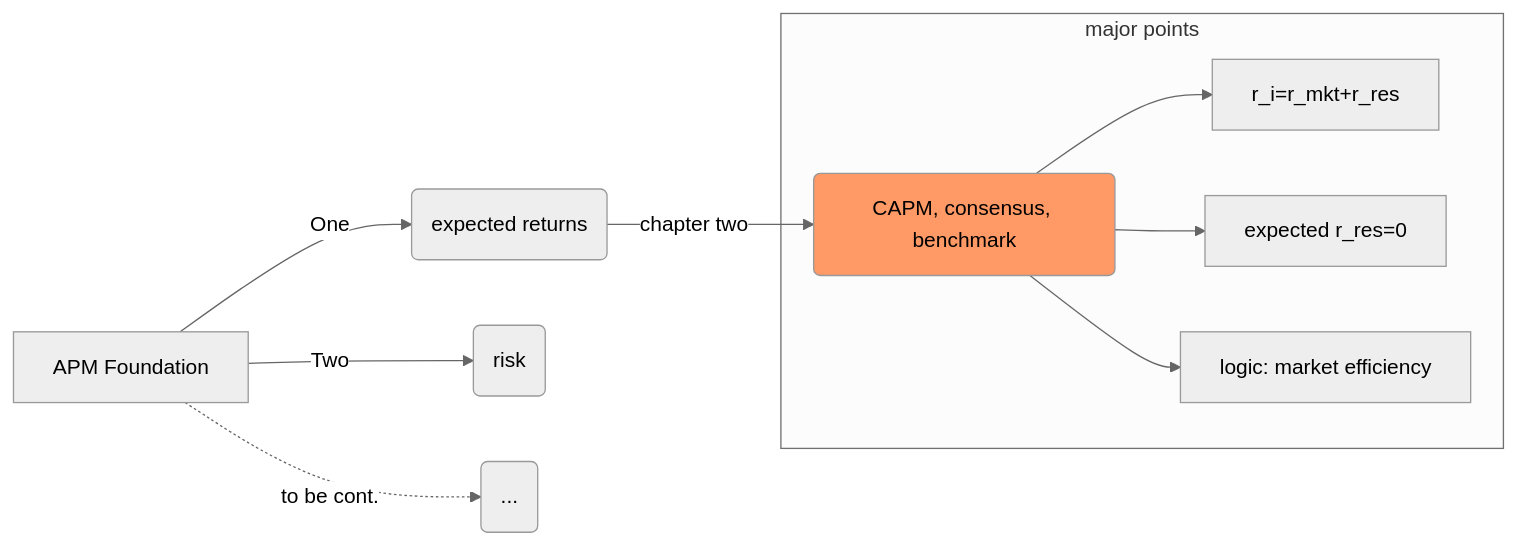
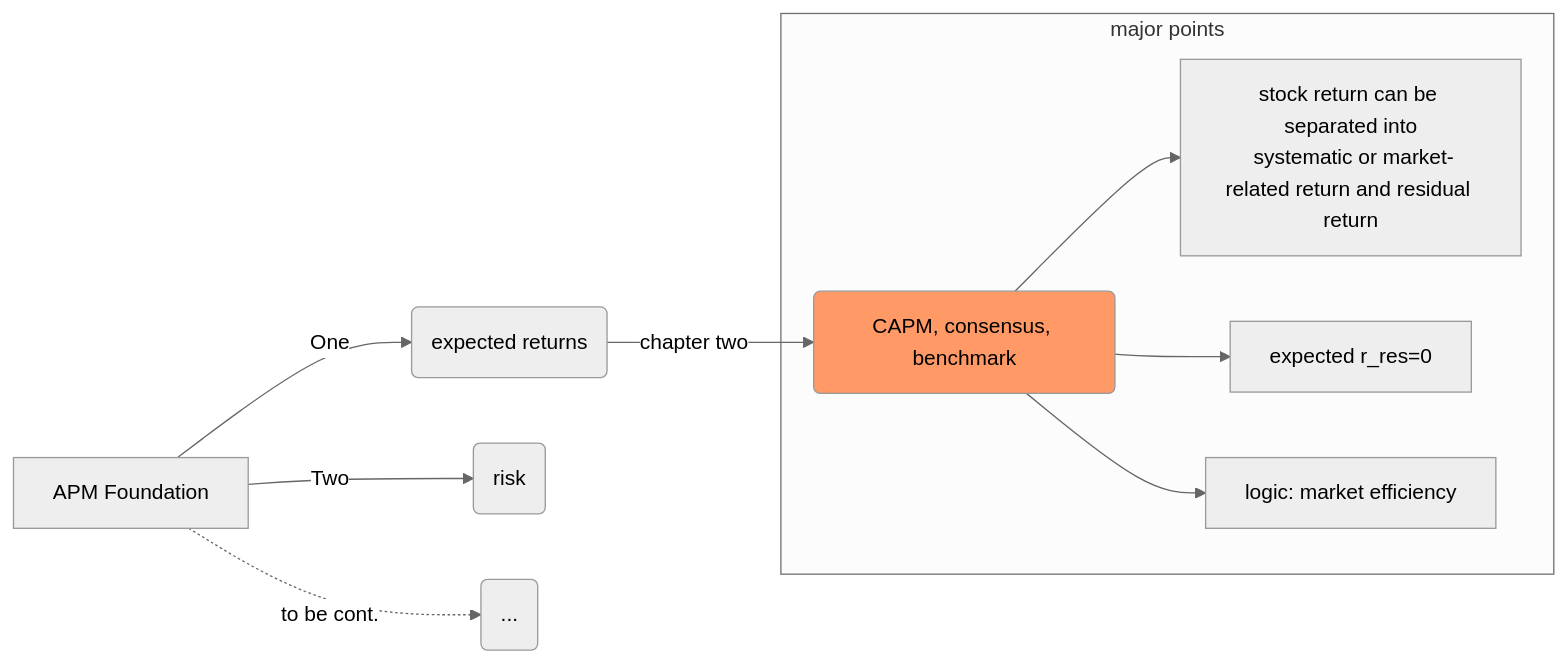
One commit to MaggieHu77/active-portfolio-management-edition2 changed the diagram in PART ONE foundations/chapter2 CAPM.md. Above: the diagram before and after it, drawn with Mermaid (neutral theme). The commit also changed other lines of this file, not shown here.

````diff
--- a/PART ONE foundations/chapter2 CAPM.md
+++ b/PART ONE foundations/chapter2 CAPM.md
@@ -7,13 +7,13 @@
 ```mermaid
 graph LR
 A[APM Foundation] -->|One| B(expected returns)
 B --> |chapter two| E(CAPM, consensus, benchmark)
 subgraph major points
-E --> e1[r_i=r_mkt+r_res]
+E --> e1[stock return can be separated into<br/> systematic or market-related return and residual return]
 E --> e2[expected r_res=0]
 E --> e3[logic: market efficiency]
 end
 A -->|Two| C(risk)
 A -.->|to be cont.| D(...)
 style E fill:#f96
 ```
````
